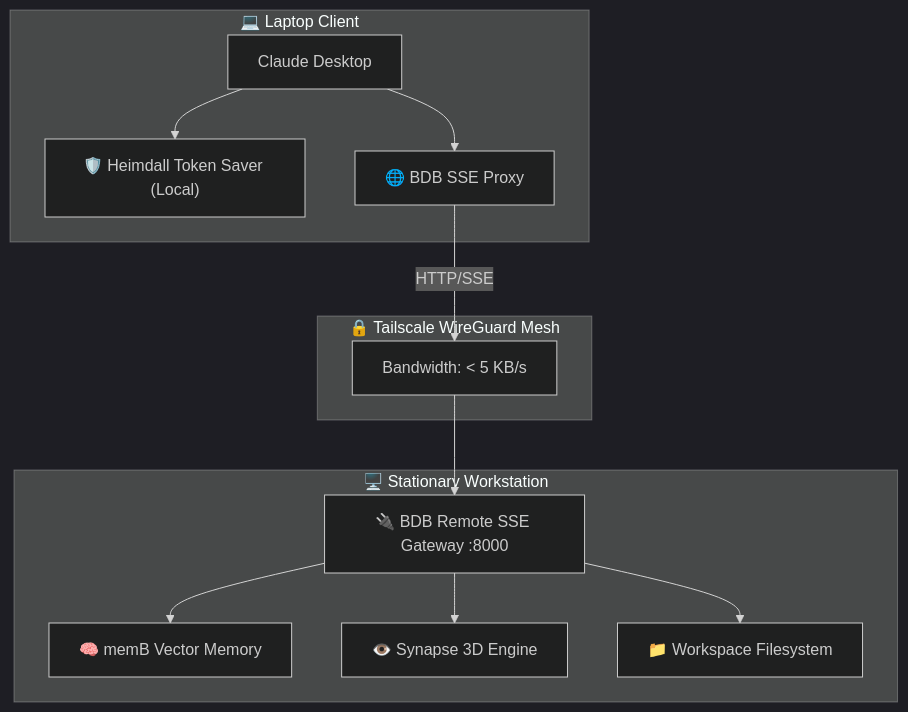
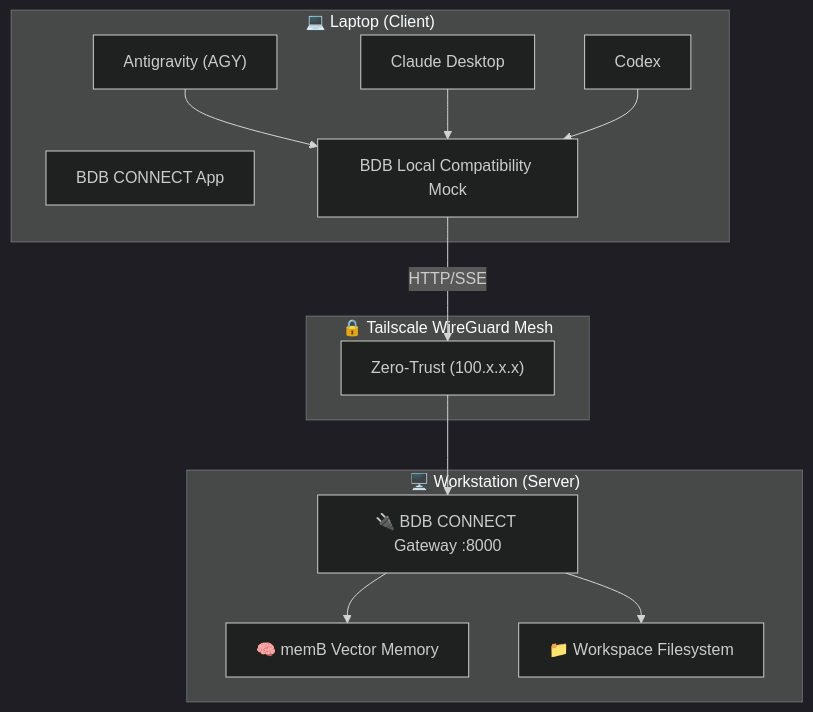
The diagram in README.md (hybridlabor-api/bdb-os-remote), drawn with Mermaid (dark theme) before and after one commit. The commit also changed other lines of this file, not shown here.

Commit message:
docs(v2.0): update README.md to reflect v2.0 BDB CONNECT features and architecture

````diff
--- a/README.md
+++ b/README.md
@@ -82,27 +52,29 @@
 ```mermaid
 graph TD
-    subgraph Laptop ["💻 Laptop Client"]
-        CD[Claude Desktop]
-        HEIM["🛡️ Heimdall Token Saver (Local)"]
-        PROXY["🌐 BDB SSE Proxy"]
-        CD --> HEIM
-        CD --> PROXY
+    subgraph Laptop ["💻 Laptop (Client)"]
+        UI["BDB CONNECT App"]
+        AGY["Antigravity (AGY)"]
+        CLAUDE["Claude Desktop"]
+        CODEX["Codex"]
+        MOCK["BDB Local Compatibility Mock"]
+        
+        AGY --> MOCK
+        CLAUDE --> MOCK
+        CODEX --> MOCK
     end
 
     subgraph Tailscale ["🔒 Tailscale WireGuard Mesh"]
-        TS["Bandwidth: < 5 KB/s"]
+        TS["Zero-Trust (100.x.x.x)"]
     end
 
-    subgraph Workstation ["🖥️ Stationary Workstation"]
-        GW["🔌 BDB Remote SSE Gateway :8000"]
+    subgraph Workstation ["🖥️ Workstation (Server)"]
+        GW["🔌 BDB CONNECT Gateway :8000"]
         MEMB["🧠 memB Vector Memory"]
-        SYN["👁️ Synapse 3D Engine"]
         FS["📁 Workspace Filesystem"]
         GW --> MEMB
-        GW --> SYN
         GW --> FS
     end
 
-    PROXY -->|HTTP/SSE| TS
+    MOCK -->|HTTP/SSE| TS
     TS --> GW
 ```
````
